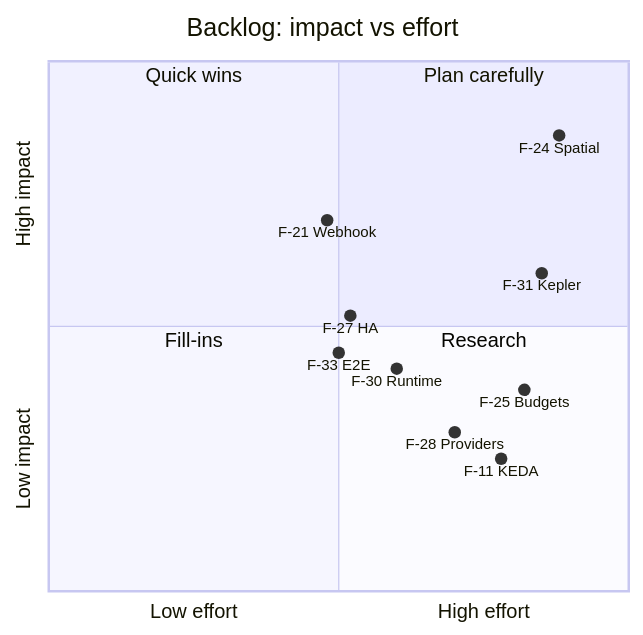
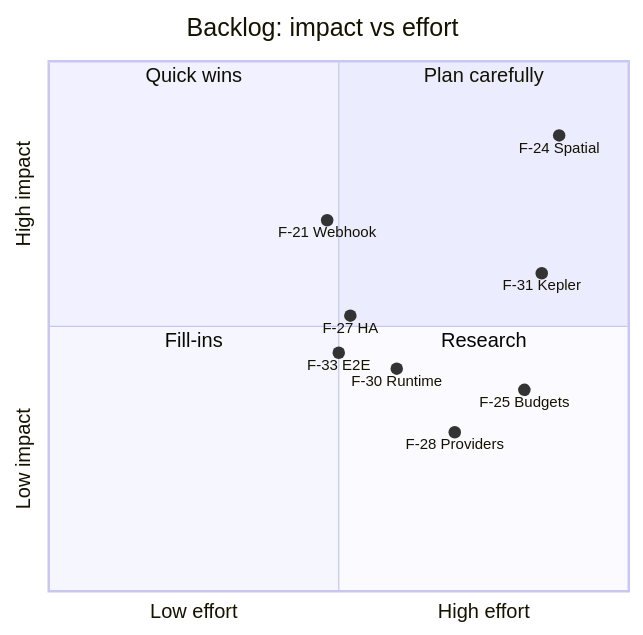
The second of 3 diagrams in docs/FEATURES.md (mahmudul-islam32/carbon-aware-k8s-scheduler), drawn with Mermaid before and after one commit. The commit also changed other lines of this file and 17 other files, not shown here.

````diff
--- a/docs/FEATURES.md
+++ b/docs/FEATURES.md
@@ -714,19 +750,18 @@
 ```mermaid
 quadrantChart
     title Backlog: impact vs effort
     x-axis Low effort --> High effort
     y-axis Low impact --> High impact
     quadrant-1 Plan carefully
     quadrant-2 Quick wins
     quadrant-3 Fill-ins
     quadrant-4 Research
     F-21 Webhook: [0.48, 0.70]
     F-27 HA: [0.52, 0.52]
     F-33 E2E: [0.50, 0.45]
     F-24 Spatial: [0.88, 0.86]
     F-25 Budgets: [0.82, 0.38]
     F-28 Providers: [0.70, 0.30]
     F-30 Runtime: [0.60, 0.42]
     F-31 Kepler: [0.85, 0.60]
-    F-11 KEDA: [0.78, 0.25]
 ```
````
